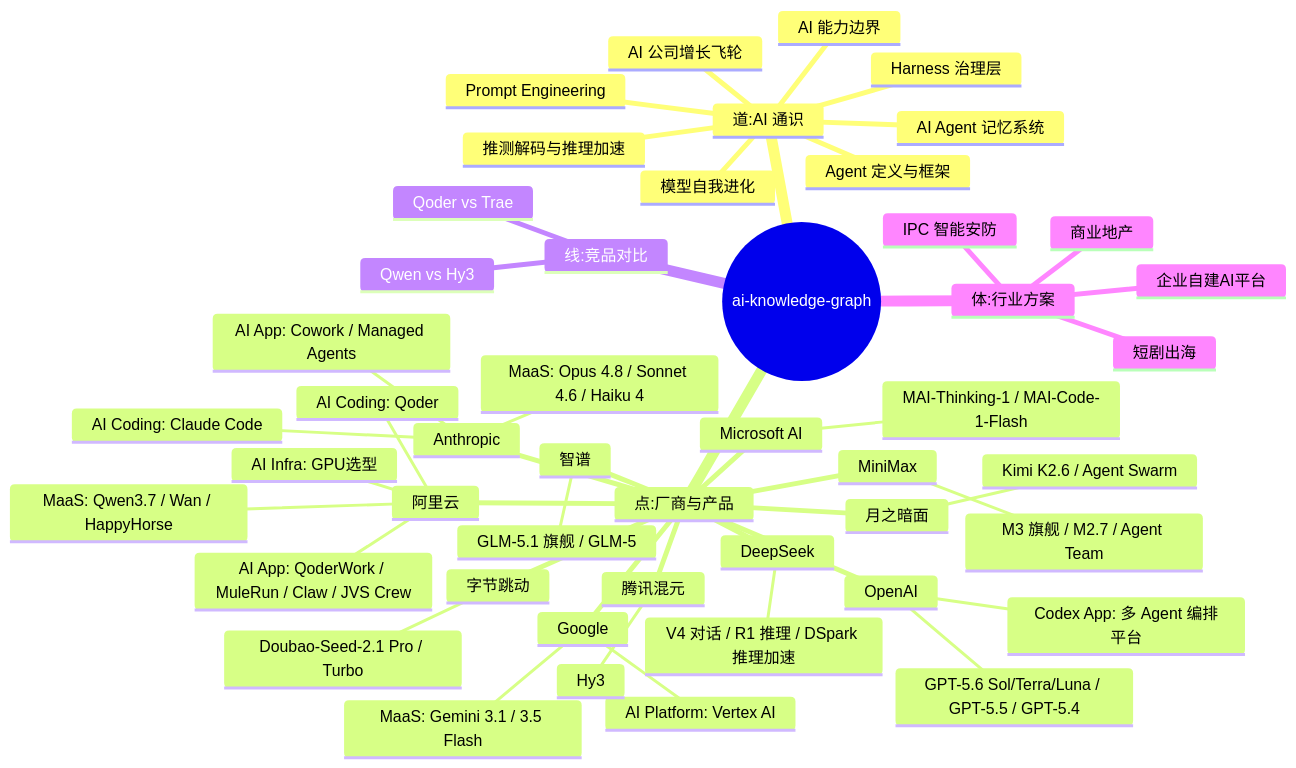
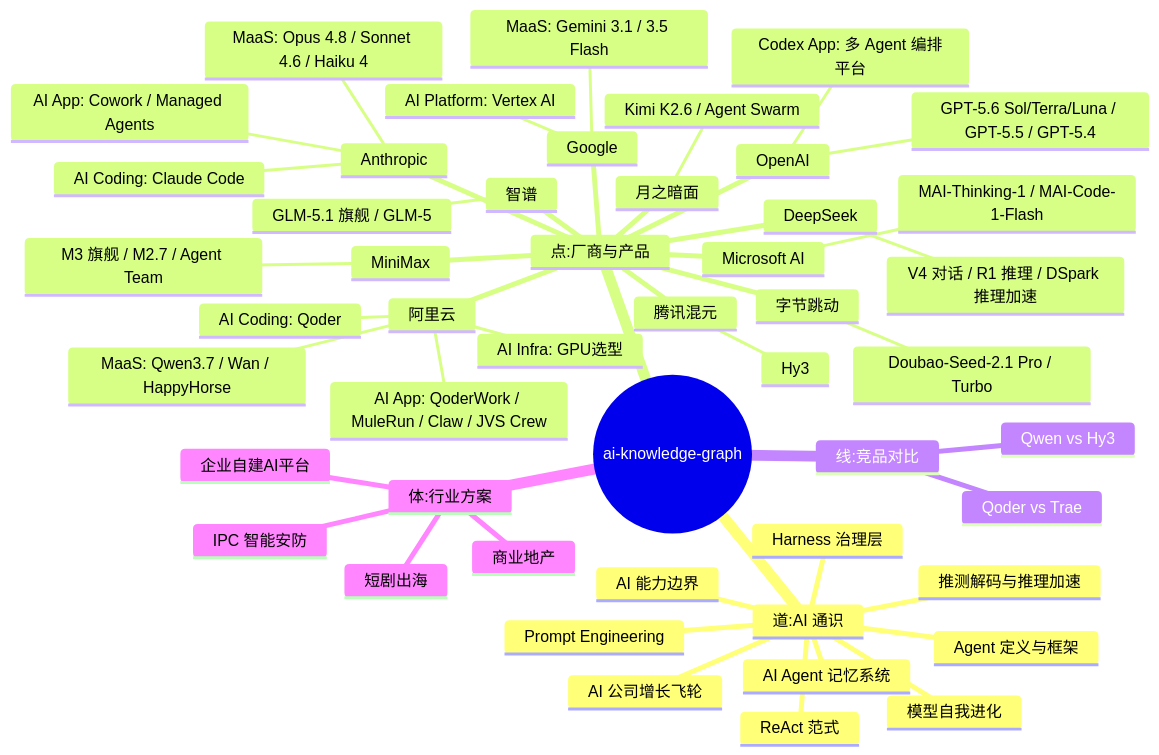
The first of 2 diagrams in README.md (EthanNiWorld/ai-playbook-2026), drawn with Mermaid before and after one commit. The commit also changed other lines of this file and 3 other files, not shown here.

````diff
--- a/README.md
+++ b/README.md
@@ -140,51 +141,52 @@
 ```mermaid
 mindmap
   root((ai-knowledge-graph))
     道:AI 通识
       Agent 定义与框架
       Harness 治理层
       Prompt Engineering
       AI 能力边界
       模型自我进化
       AI Agent 记忆系统
+      ReAct 范式
       AI 公司增长飞轮
       推测解码与推理加速
     点:厂商与产品
       阿里云
         MaaS: Qwen3.7 / Wan / HappyHorse
         AI Coding: Qoder
         AI App: QoderWork / MuleRun / Claw / JVS Crew
         AI Infra: GPU选型
       Google
         MaaS: Gemini 3.1 / 3.5 Flash
         AI Platform: Vertex AI
       Anthropic
         MaaS: Opus 4.8 / Sonnet 4.6 / Haiku 4
         AI Coding: Claude Code
         AI App: Cowork / Managed Agents
       MiniMax
         M3 旗舰 / M2.7 / Agent Team
       DeepSeek
         V4 对话 / R1 推理 / DSpark 推理加速
       OpenAI
         GPT-5.6 Sol/Terra/Luna / GPT-5.5 / GPT-5.4
         Codex App: 多 Agent 编排平台
       Microsoft AI
         MAI-Thinking-1 / MAI-Code-1-Flash
       智谱
         GLM-5.1 旗舰 / GLM-5
       月之暗面
         Kimi K2.6 / Agent Swarm
       字节跳动
         Doubao-Seed-2.1 Pro / Turbo
       腾讯混元
         Hy3
     线:竞品对比
       Qoder vs Trae
       Qwen vs Hy3
     体:行业方案
       IPC 智能安防
       短剧出海
       商业地产
       企业自建AI平台
 ```
````
